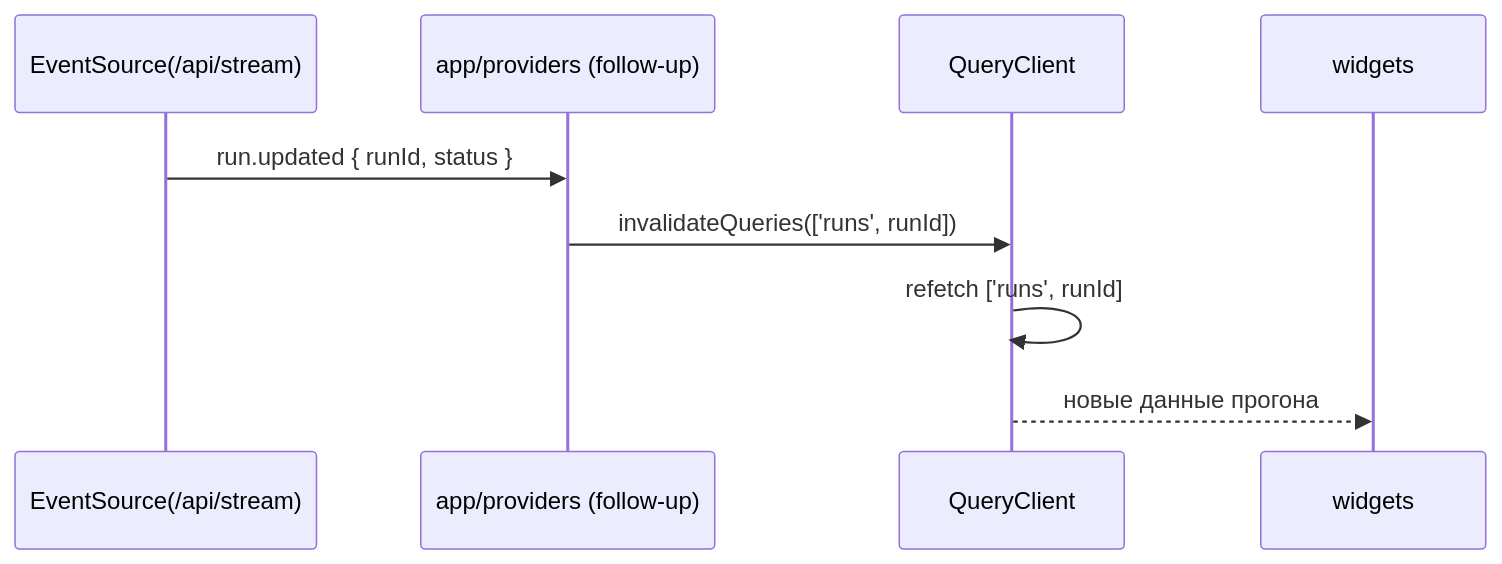
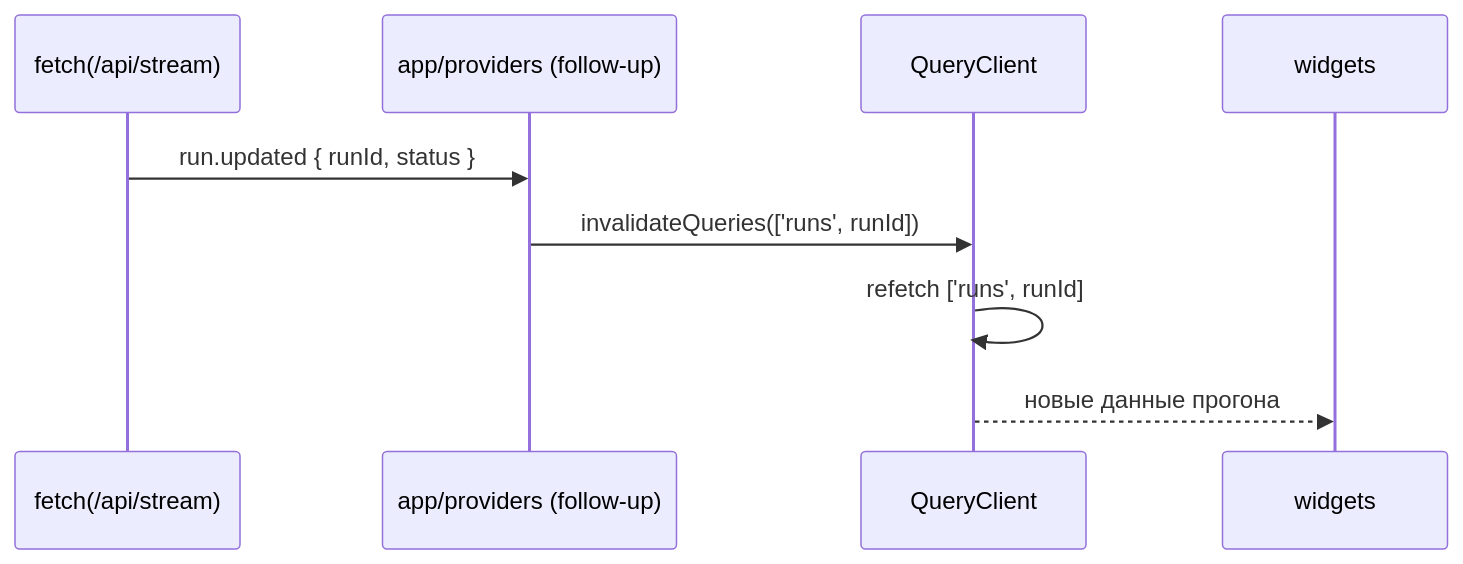
The second of 3 diagrams in docs/FRONTEND_ARCHITECTURE.md (larchanka-training/dmc-268-ui-t6), drawn with Mermaid before and after one commit. The commit also changed other lines of this file, not shown here.

First line of the commit message:
docs(architecture): align the frontend contract with api#20

````diff
--- a/docs/FRONTEND_ARCHITECTURE.md
+++ b/docs/FRONTEND_ARCHITECTURE.md
@@ -202,12 +219,12 @@
 ```mermaid
 sequenceDiagram
-  participant SSE as EventSource(/api/stream)
+  participant SSE as fetch(/api/stream)
   participant Bridge as app/providers (follow-up)
   participant QC as QueryClient
   participant UI as widgets
 
   SSE->>Bridge: run.updated { runId, status }
   Bridge->>QC: invalidateQueries(['runs', runId])
   QC->>QC: refetch ['runs', runId]
   QC-->>UI: новые данные прогона
 ```
````
